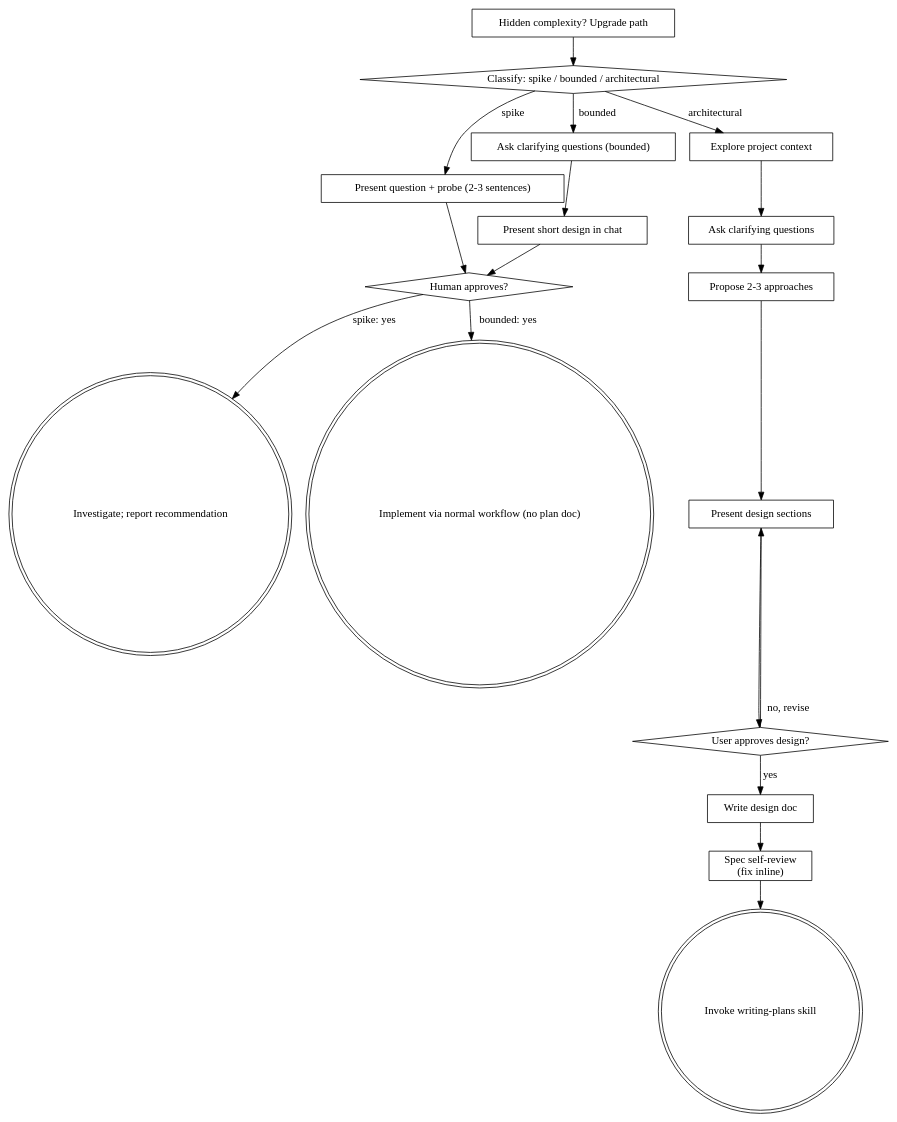
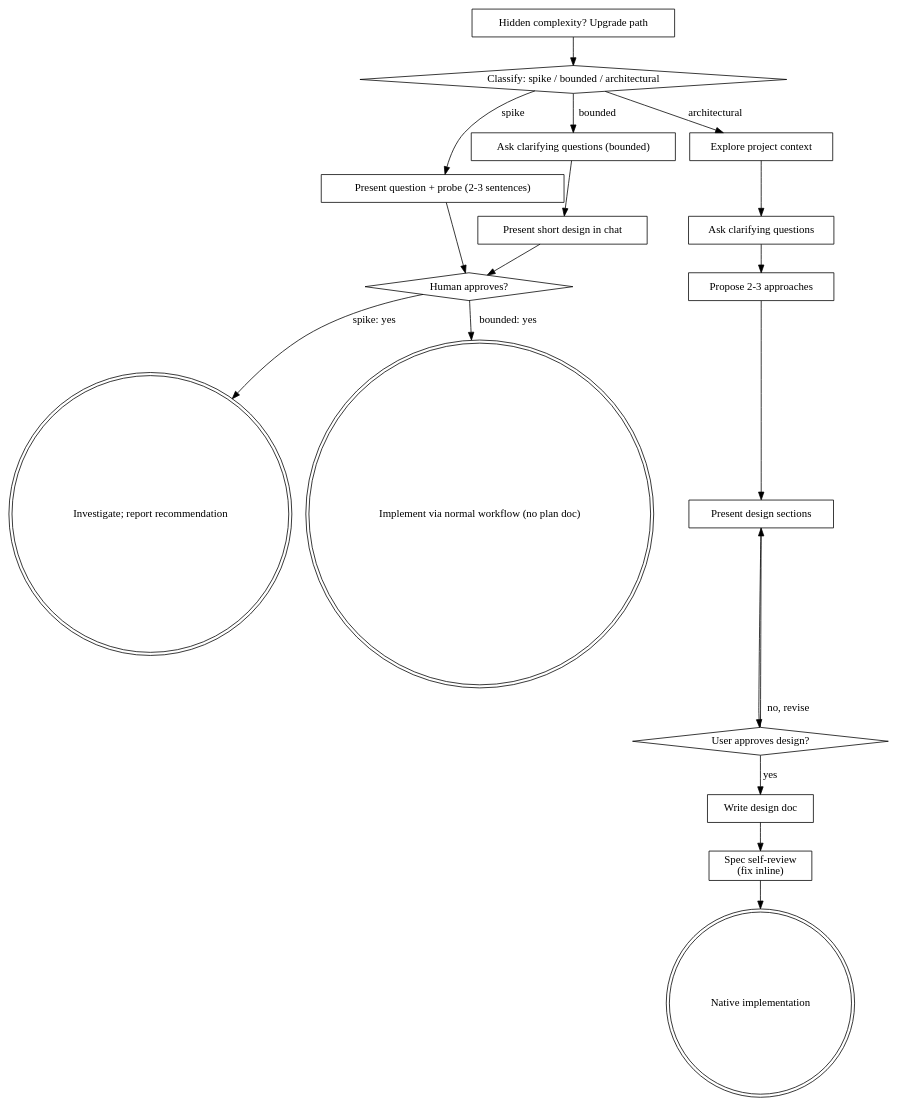
The diagram in skills/brainstorming/SKILL.md (nht007/superpowers), drawn with Graphviz before and after one commit. The commit also changed other lines of this file and 18 other files, not shown here.

Commit message:
feat: use native implementation after design by default

````diff
--- a/skills/brainstorming/SKILL.md
+++ b/skills/brainstorming/SKILL.md
@@ -105,38 +105,38 @@
 ```dot
 digraph brainstorming {
     "Classify: spike / bounded / architectural" [shape=diamond];
     "Present question + probe (2-3 sentences)" [shape=box];
     "Ask clarifying questions (bounded)" [shape=box];
     "Present short design in chat" [shape=box];
     "Human approves?" [shape=diamond];
     "Investigate; report recommendation" [shape=doublecircle];
     "Implement via normal workflow (no plan doc)" [shape=doublecircle];
     "Explore project context" [shape=box];
     "Ask clarifying questions" [shape=box];
     "Propose 2-3 approaches" [shape=box];
     "Present design sections" [shape=box];
     "User approves design?" [shape=diamond];
     "Write design doc" [shape=box];
     "Spec self-review\n(fix inline)" [shape=box];
-    "Invoke writing-plans skill" [shape=doublecircle];
+    "Native implementation" [shape=doublecircle];
     "Hidden complexity? Upgrade path" [shape=box];
 
     "Classify: spike / bounded / architectural" -> "Present question + probe (2-3 sentences)" [label="spike"];
     "Classify: spike / bounded / architectural" -> "Ask clarifying questions (bounded)" [label="bounded"];
     "Classify: spike / bounded / architectural" -> "Explore project context" [label="architectural"];
     "Present question + probe (2-3 sentences)" -> "Human approves?";
     "Ask clarifying questions (bounded)" -> "Present short design in chat";
     "Present short design in chat" -> "Human approves?";
     "Human approves?" -> "Investigate; report recommendation" [label="spike: yes"];
     "Human approves?" -> "Implement via normal workflow (no plan doc)" [label="bounded: yes"];
     "Hidden complexity? Upgrade path" -> "Classify: spike / bounded / architectural";
     "Explore project context" -> "Ask clarifying questions";
     "Ask clarifying questions" -> "Propose 2-3 approaches";
     "Propose 2-3 approaches" -> "Present design sections";
     "Present design sections" -> "User approves design?";
     "User approves design?" -> "Present design sections" [label="no, revise"];
     "User approves design?" -> "Write design doc" [label="yes"];
     "Write design doc" -> "Spec self-review\n(fix inline)";
-    "Spec self-review\n(fix inline)" -> "Invoke writing-plans skill";
+    "Spec self-review\n(fix inline)" -> "Native implementation";
 }
 ```
````
